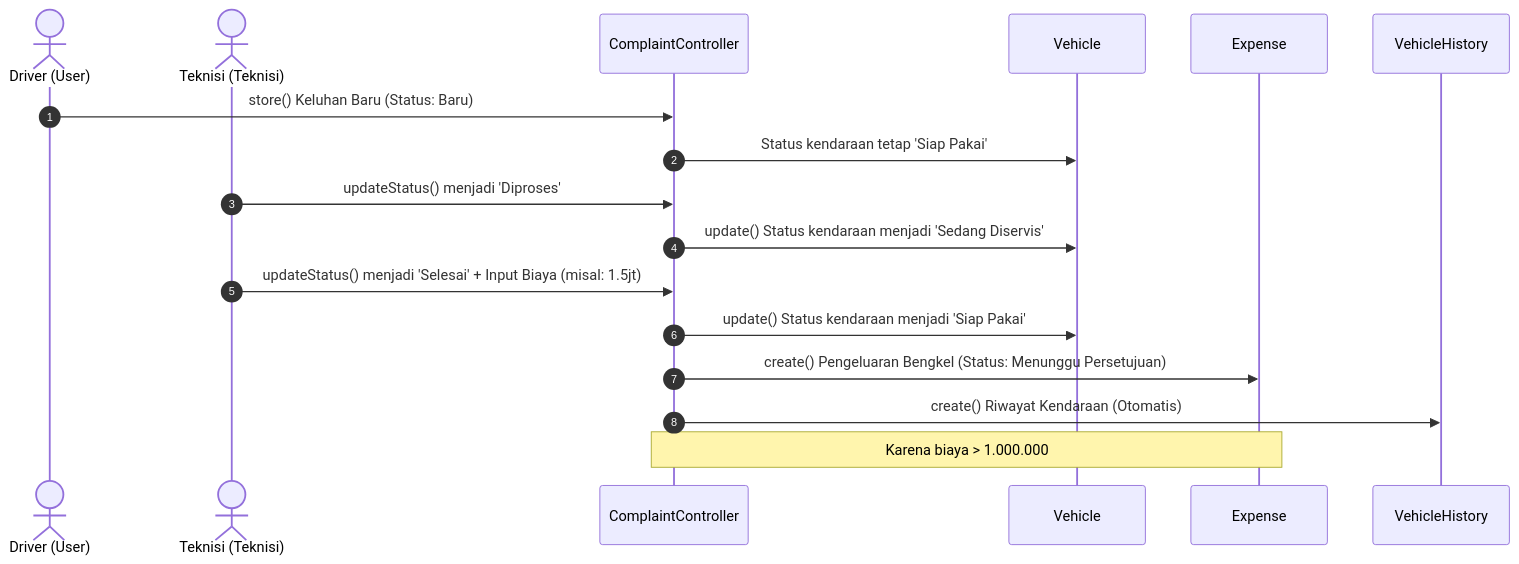
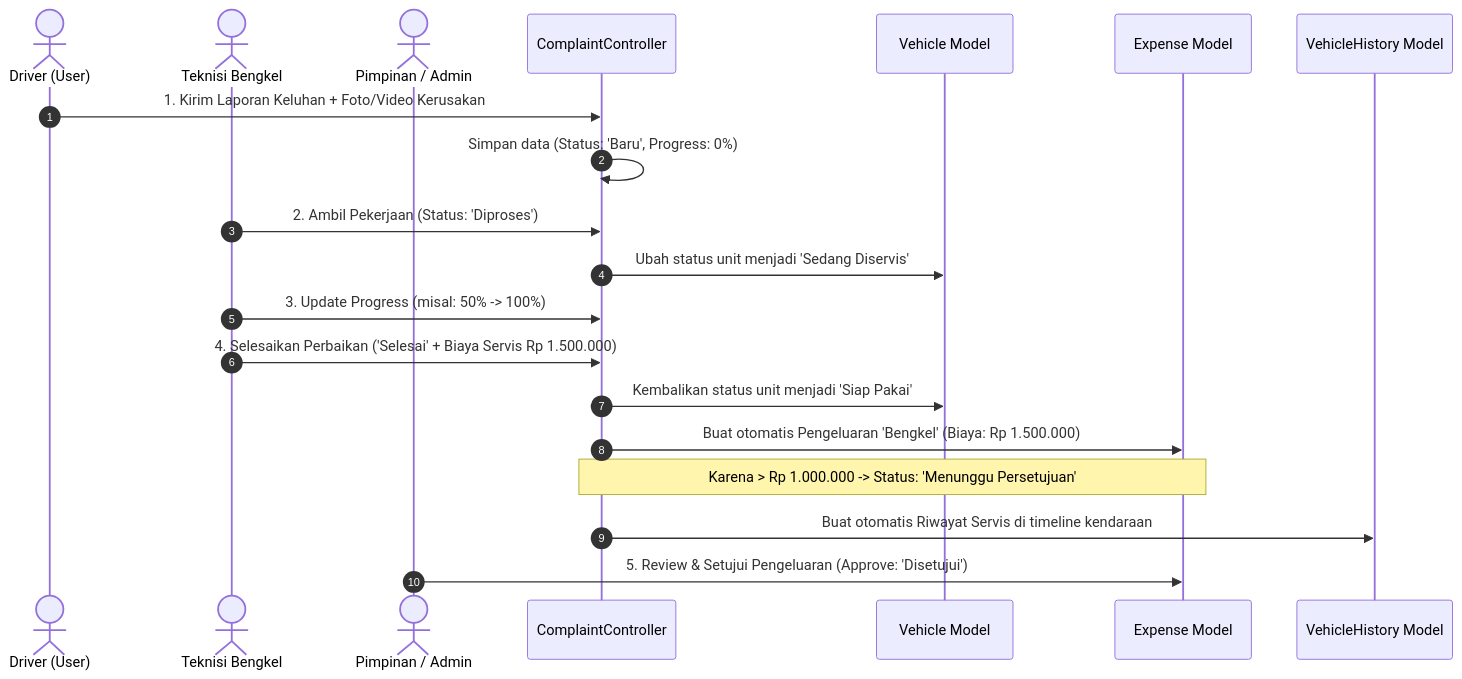
One commit to stinrhmwti/belajar_laravel changed the second of 3 diagrams in doc/belajar_sistem_armada.md. Above: the diagram before and after it, drawn with Mermaid. The commit also changed other lines of this file and 45 other files, not shown here.

````diff
--- a/doc/belajar_sistem_armada.md
+++ b/doc/belajar_sistem_armada.md
@@ -275,22 +438,27 @@
 ```mermaid
 sequenceDiagram
     autonumber
     actor Driver as Driver (User)
-    actor Teknisi as Teknisi (Teknisi)
+    actor Teknisi as Teknisi Bengkel
+    actor Manager as Pimpinan / Admin
     participant CC as ComplaintController
-    participant VC as Vehicle
-    participant EC as Expense
-    participant VH as VehicleHistory
-    
-    Driver->>CC: store() Keluhan Baru (Status: Baru)
-    CC->>VC: Status kendaraan tetap 'Siap Pakai'
-    
-    Teknisi->>CC: updateStatus() menjadi 'Diproses'
-    CC->>VC: update() Status kendaraan menjadi 'Sedang Diservis'
-    
-    Teknisi->>CC: updateStatus() menjadi 'Selesai' + Input Biaya (misal: 1.5jt)
-    CC->>VC: update() Status kendaraan menjadi 'Siap Pakai'
-    CC->>EC: create() Pengeluaran Bengkel (Status: Menunggu Persetujuan)
-    CC->>VH: create() Riwayat Kendaraan (Otomatis)
-    Note over CC,EC: Karena biaya > 1.000.000
+    participant VC as Vehicle Model
+    participant EC as Expense Model
+    participant VH as VehicleHistory Model
+
+    Driver->>CC: 1. Kirim Laporan Keluhan + Foto/Video Kerusakan
+    CC->>CC: Simpan data (Status: 'Baru', Progress: 0%)
+
+    Teknisi->>CC: 2. Ambil Pekerjaan (Status: 'Diproses')
+    CC->>VC: Ubah status unit menjadi 'Sedang Diservis'
+
+    Teknisi->>CC: 3. Update Progress (misal: 50% -> 100%)
+
+    Teknisi->>CC: 4. Selesaikan Perbaikan ('Selesai' + Biaya Servis Rp 1.500.000)
+    CC->>VC: Kembalikan status unit menjadi 'Siap Pakai'
+    CC->>EC: Buat otomatis Pengeluaran 'Bengkel' (Biaya: Rp 1.500.000)
+    Note over CC,EC: Karena > Rp 1.000.000 -> Status: 'Menunggu Persetujuan'
+    CC->>VH: Buat otomatis Riwayat Servis di timeline kendaraan
+
+    Manager->>EC: 5. Review & Setujui Pengeluaran (Approve: 'Disetujui')
 ```
````
